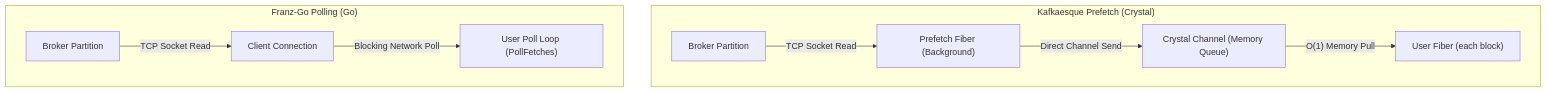
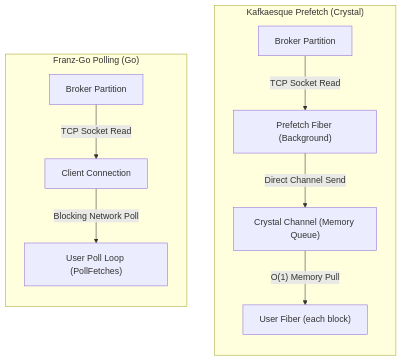
The diagram in readme.md (eltony81/kafkaesque), drawn with Mermaid before and after one commit.

Commit message:
docs: add direction TB inside subgraphs to force vertical layout

````diff
--- a/readme.md
+++ b/readme.md
@@ -880,13 +880,15 @@
 ```mermaid
 graph TD
     subgraph "Kafkaesque Prefetch (Crystal)"
+        direction TB
         K_Broker[Broker Partition] -->|TCP Socket Read| K_Prefetch["Prefetch Fiber (Background)"]
         K_Prefetch -->|Direct Channel Send| K_Channel["Crystal Channel (Memory Queue)"]
         K_Channel -->|"O(1) Memory Pull"| K_User["User Fiber (each block)"]
     end
 
     subgraph "Franz-Go Polling (Go)"
+        direction TB
         G_Broker[Broker Partition] -->|TCP Socket Read| G_Client[Client Connection]
         G_Client -->|Blocking Network Poll| G_User["User Poll Loop (PollFetches)"]
     end
 ```
````
